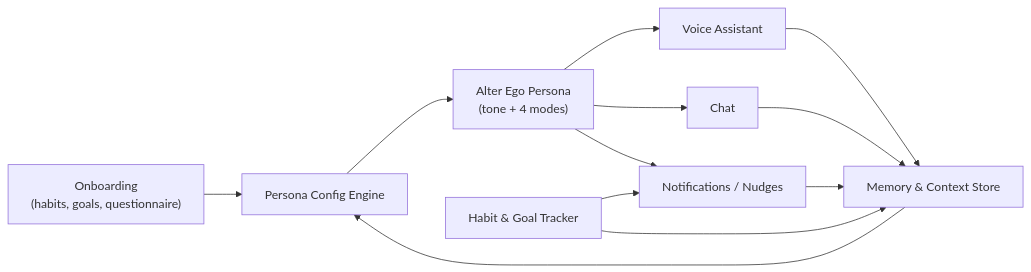
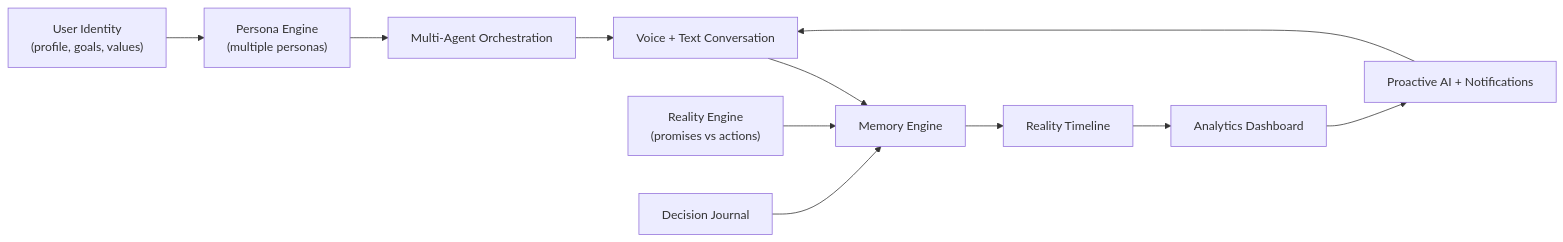
One commit to kanishkbharti/kagevo changed the first of 5 diagrams in docs/PRD.md. Above: the diagram before and after it, drawn with Mermaid. The commit also changed other lines of this file and 1 other file, not shown here.

````diff
--- a/docs/PRD.md
+++ b/docs/PRD.md
@@ -26,14 +26,13 @@
 ```mermaid
 flowchart LR
-  onboard["Onboarding\n(habits, goals, questionnaire)"] --> config["Persona Config Engine"]
-  config --> persona["Alter Ego Persona\n(tone + 4 modes)"]
-  persona --> voice["Voice Assistant"]
-  persona --> chat["Chat"]
-  persona --> notif["Notifications / Nudges"]
-  voice --> memory["Memory & Context Store"]
-  chat --> memory
-  notif --> memory
-  memory --> config
-  tracker["Habit & Goal Tracker"] --> notif
-  tracker --> memory
+  identity["User Identity\n(profile, goals, values)"] --> personas["Persona Engine\n(multiple personas)"]
+  personas --> orchestration["Multi-Agent Orchestration"]
+  orchestration --> conversation["Voice + Text Conversation"]
+  conversation --> memory["Memory Engine"]
+  tracking["Reality Engine\n(promises vs actions)"] --> memory
+  journal["Decision Journal"] --> memory
+  memory --> timeline["Reality Timeline"]
+  timeline --> analytics["Analytics Dashboard"]
+  analytics --> proactive["Proactive AI + Notifications"]
+  proactive --> conversation
 ```
````
